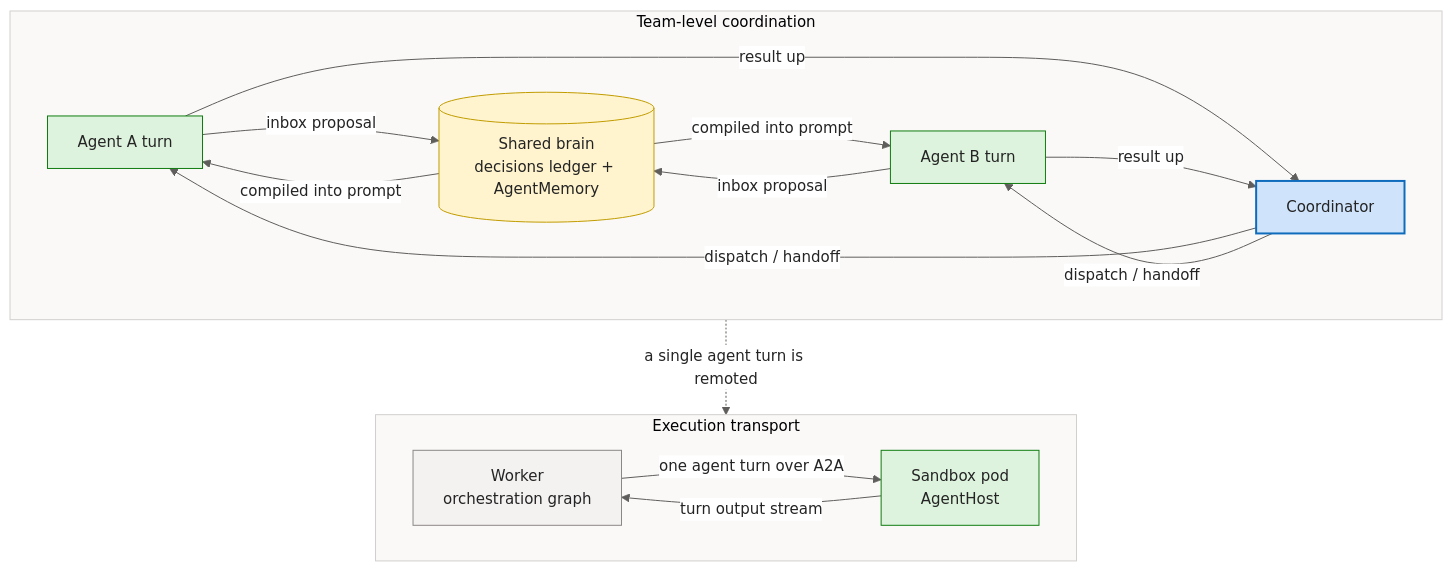
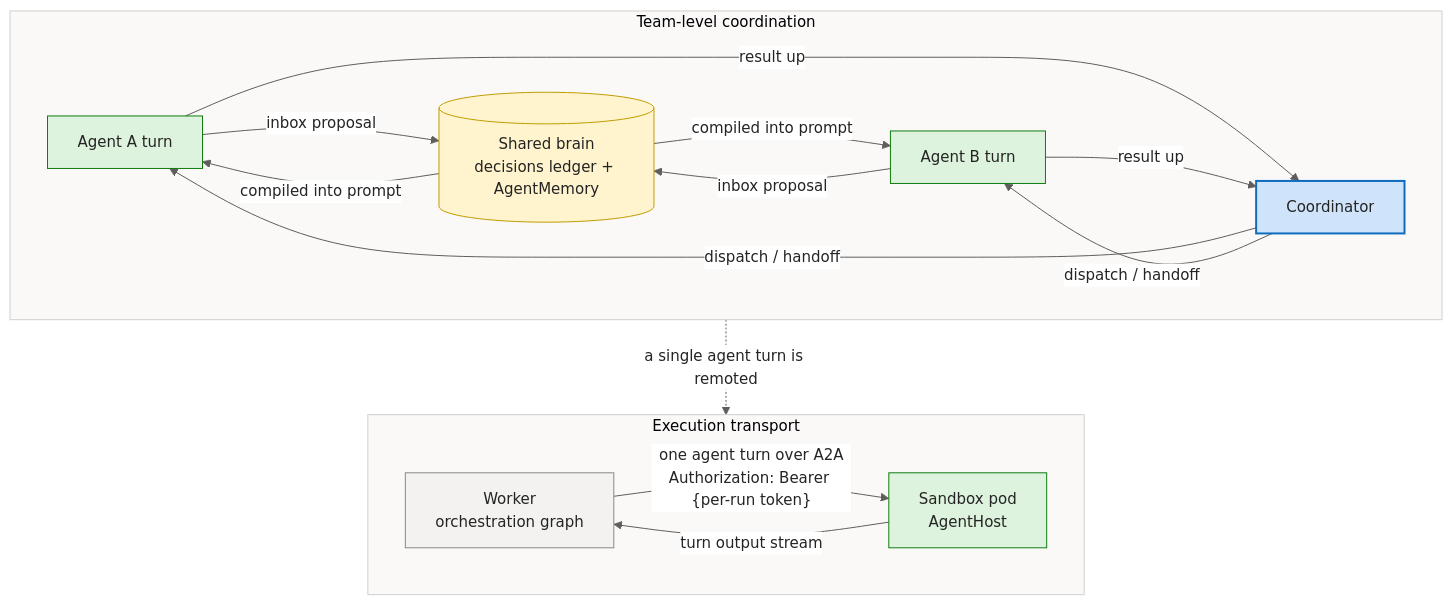
One commit to sabbour/agentweaver changed the first of 5 diagrams in docs/deep-dive/agent-communication.md. Above: the diagram before and after it, drawn with Mermaid. The commit also changed other lines of this file and 40 other files, not shown here.

````diff
--- a/docs/deep-dive/agent-communication.md
+++ b/docs/deep-dive/agent-communication.md
@@ -24,41 +24,41 @@
 ```mermaid
 %%{init: {'theme':'base','themeVariables':{'fontFamily':'Segoe UI, system-ui, -apple-system, sans-serif','fontSize':'15px','primaryColor':'#E8EEF9','primaryBorderColor':'#0F6CBD','primaryTextColor':'#242424','lineColor':'#605E5C','clusterBkg':'#FAF9F8','clusterBorder':'#D2D0CE','edgeLabelBackground':'#FFFFFF'}}}%%
 flowchart TB
     subgraph TEAM["Team-level coordination"]
         direction LR
         A["Agent A turn"]
         B["Agent B turn"]
         L[("Shared brain<br/>decisions ledger + AgentMemory")]
         C["Coordinator"]
         A -- "inbox proposal" --> L
         B -- "inbox proposal" --> L
         L -- "compiled into prompt" --> A
         L -- "compiled into prompt" --> B
         C -- "dispatch / handoff" --> A
         C -- "dispatch / handoff" --> B
         A -- "result up" --> C
         B -- "result up" --> C
     end
     subgraph EXEC["Execution transport"]
         direction LR
         W["Worker<br/>orchestration graph"]
         P["Sandbox pod<br/>AgentHost"]
-        W -- "one agent turn over A2A" --> P
+        W -- "one agent turn over A2A\nAuthorization: Bearer {per-run token}" --> P
         P -- "turn output stream" --> W
     end
     TEAM -. "a single agent turn is remoted" .-> EXEC
 
     classDef client fill:#E8EEF9,stroke:#0F6CBD,stroke-width:1px,color:#242424;
     classDef svc fill:#F3F2F1,stroke:#8A8886,stroke-width:1px,color:#242424;
     classDef core fill:#CFE4FA,stroke:#0F6CBD,stroke-width:2px,color:#242424;
     classDef data fill:#FFF4CE,stroke:#C19C00,stroke-width:1px,color:#242424;
     classDef ext fill:#F0E8F8,stroke:#8764B8,stroke-width:1px,color:#242424;
     classDef runtime fill:#DDF3DD,stroke:#107C10,stroke-width:1px,color:#242424;
     classDef evt fill:#D6F0F0,stroke:#038387,stroke-width:1px,color:#242424;
     class A runtime;
     class B runtime;
     class L data;
     class C core;
     class W svc;
     class P runtime;
 ```
````
